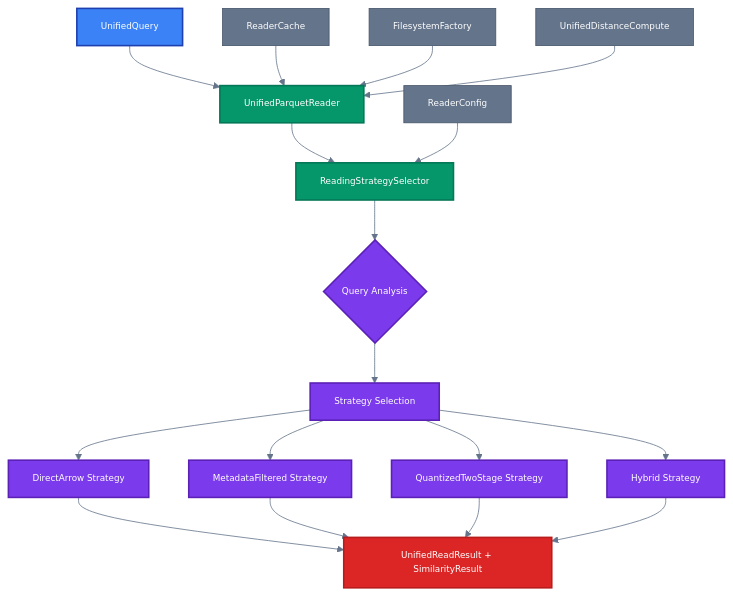
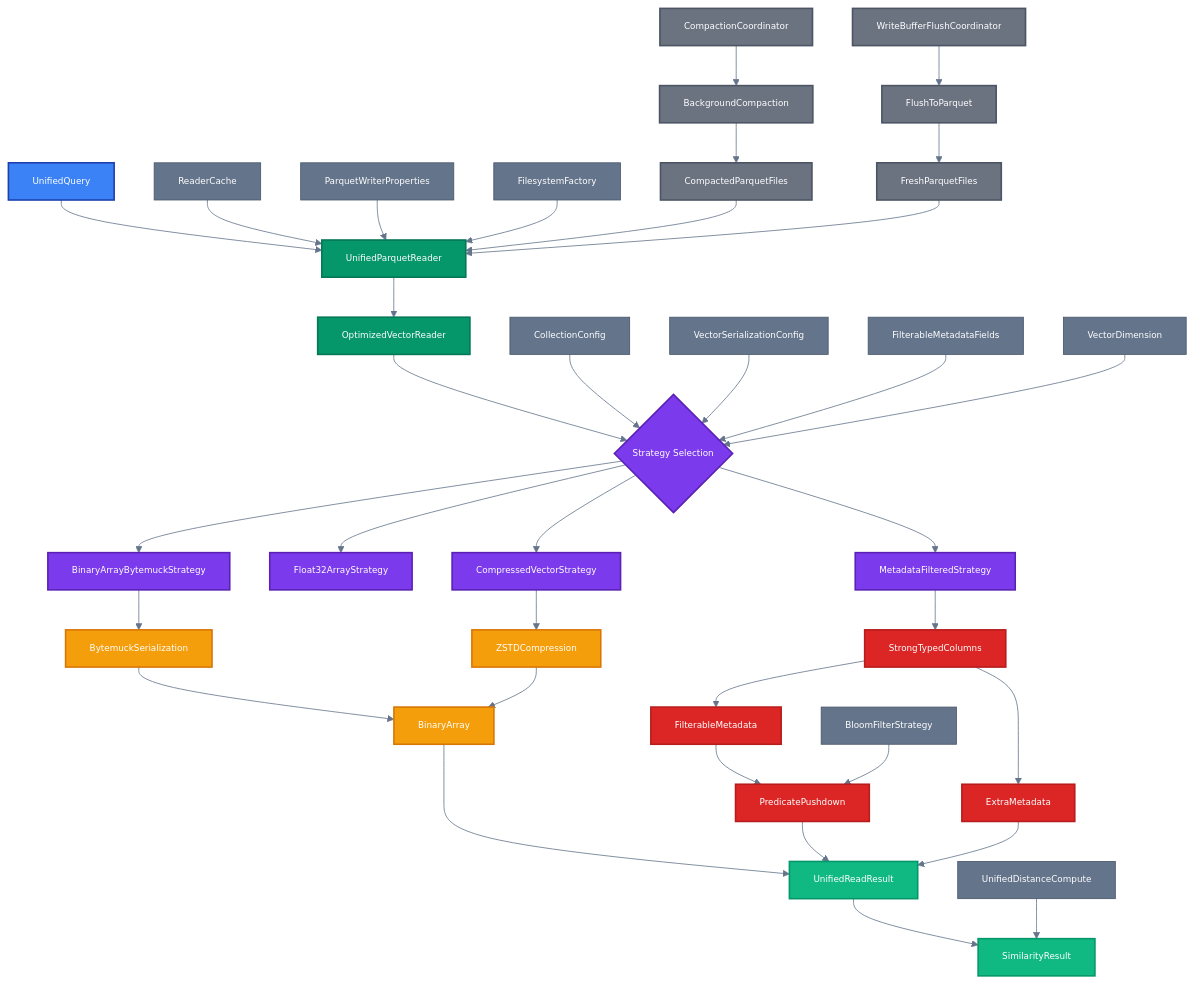
Before and after one commit to vjsingh1984/proximaDB: the diagram in docs/diagrams/unified-parquet-reader-architecture.mmd, drawn with Mermaid. The commit also changed 1 other file, not shown here.

Commit message:
feat: comprehensive VIPER Parquet reader architecture diagram
- Add complete UnifiedParquetReader architecture with real implementation details
- Include compression layer: BytemuckSerialization + ZSTDCompression
- Show metadata filtering: StrongTypedColumns, FilterableMetadata, ExtraMetadata
- Add background processes: CompactionCoordinator, WriteBufferFlushCoordinator
- Include reading strategies: BinaryArrayBytemuck, Float32Array, CompressedVector
- Show predicate pushdown optimization for VIPER engine
- Add supporting infrastructure: ReaderCache, ParquetWriterProperties, BloomFilterStrategy
- Use color-coded components for easy visual parsing
- Maintain 1:1 .mmd/.svg mapping (14 diagrams total)

Replaces simplified inline Mermaid with production-accurate architecture.

```diff
--- a/docs/diagrams/unified-parquet-reader-architecture.mmd
+++ b/docs/diagrams/unified-parquet-reader-architecture.mmd
@@ -1,46 +1,85 @@
 %%{init: {'theme':'base', 'themeVariables': { 
   'primaryColor':'#1e293b', 
   'primaryTextColor':'#ffffff', 
   'primaryBorderColor':'#334155', 
   'lineColor':'#64748b', 
   'secondaryColor':'#3b82f6',
   'tertiaryColor':'#e2e8f0',
   'background':'#f8fafc',
   'mainBkg':'#ffffff',
   'secondBkg':'#f1f5f9',
   'tertiaryBkg':'#e2e8f0',
   'fontSize':'11px', 
   'fontFamily':'Inter, -apple-system, sans-serif'
 }}}%%
 
 graph TD
     A[UnifiedQuery] --> B[UnifiedParquetReader]
-    B --> C[ReadingStrategySelector]
-    C --> D{Query Analysis}
-    D --> E[Strategy Selection]
-    E --> F[DirectArrow Strategy]
-    E --> G[MetadataFiltered Strategy]
-    E --> H[QuantizedTwoStage Strategy]
-    E --> I[Hybrid Strategy]
-    F --> J[UnifiedReadResult + SimilarityResult]
-    G --> J
-    H --> J
-    I --> J
+    B --> C[OptimizedVectorReader]
+    C --> D{Strategy Selection}
+    
+    %% Strategy Selection Inputs
+    E[CollectionConfig] --> D
+    F[VectorSerializationConfig] --> D
+    G[FilterableMetadataFields] --> D
+    H[VectorDimension] --> D
+    
+    %% Reading Strategies
+    D --> I[BinaryArrayBytemuckStrategy]
+    D --> J[Float32ArrayStrategy] 
+    D --> K[CompressedVectorStrategy]
+    D --> L[MetadataFilteredStrategy]
+    
+    %% Compression Layer
+    I --> M[BytemuckSerialization]
+    K --> N[ZSTDCompression]
+    M --> O[BinaryArray]
+    N --> O
+    
+    %% Metadata Processing
+    L --> P[StrongTypedColumns]
+    P --> Q[FilterableMetadata]
+    P --> R[ExtraMetadata]
+    Q --> S[PredicatePushdown]
+    
+    %% Result Processing
+    O --> T[UnifiedReadResult]
+    S --> T
+    R --> T
+    T --> U[SimilarityResult]
+    
+    %% Background Processes
+    V[CompactionCoordinator] --> W[BackgroundCompaction]
+    X[WriteBufferFlushCoordinator] --> Y[FlushToParquet]
+    W --> Z[CompactedParquetFiles]
+    Y --> AA[FreshParquetFiles]
+    
+    %% Supporting Infrastructure
+    BB[ReaderCache] --> B
+    CC[ParquetWriterProperties] --> B
+    DD[FilesystemFactory] --> B
+    EE[UnifiedDistanceCompute] --> U
+    FF[BloomFilterStrategy] --> S
 
-    K[ReaderCache] --> B
-    L[ReaderConfig] --> C
-    M[FilesystemFactory] --> B
-    N[UnifiedDistanceCompute] --> B
-
+    %% Data Flow Connections
+    Z --> B
+    AA --> B
+    
     %% Styling
     classDef queryClass fill:#3b82f6,stroke:#1e40af,stroke-width:2px,color:#ffffff
     classDef readerClass fill:#059669,stroke:#047857,stroke-width:2px,color:#ffffff
     classDef strategyClass fill:#7c3aed,stroke:#5b21b6,stroke-width:2px,color:#ffffff
-    classDef resultClass fill:#dc2626,stroke:#b91c1c,stroke-width:2px,color:#ffffff
+    classDef compressionClass fill:#f59e0b,stroke:#d97706,stroke-width:2px,color:#ffffff
+    classDef metadataClass fill:#dc2626,stroke:#b91c1c,stroke-width:2px,color:#ffffff
+    classDef resultClass fill:#10b981,stroke:#059669,stroke-width:2px,color:#ffffff
+    classDef backgroundClass fill:#6b7280,stroke:#4b5563,stroke-width:2px,color:#ffffff
     classDef supportClass fill:#64748b,stroke:#475569,stroke-width:1px,color:#ffffff
 
     class A queryClass
     class B,C readerClass
-    class D,E,F,G,H,I strategyClass
-    class J resultClass
-    class K,L,M,N supportClass
+    class D,I,J,K,L strategyClass
+    class M,N,O compressionClass
+    class P,Q,R,S metadataClass
+    class T,U resultClass
+    class V,W,X,Y,Z,AA backgroundClass
+    class E,F,G,H,BB,CC,DD,EE,FF supportClass
```
